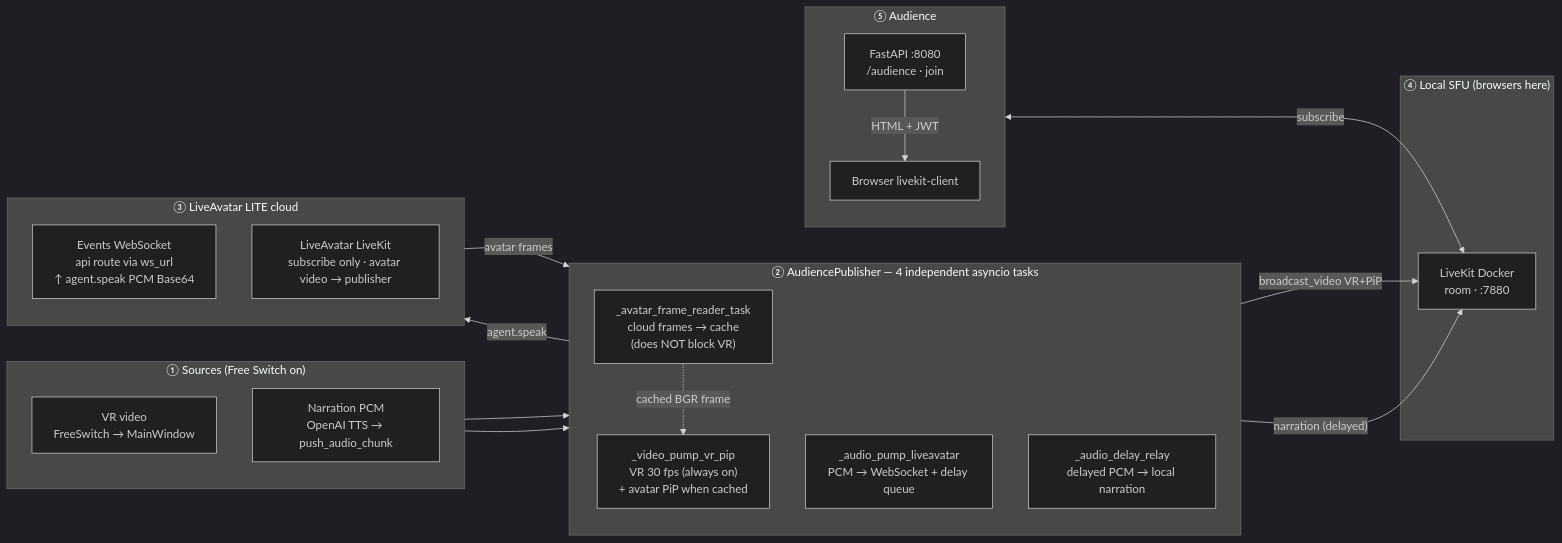
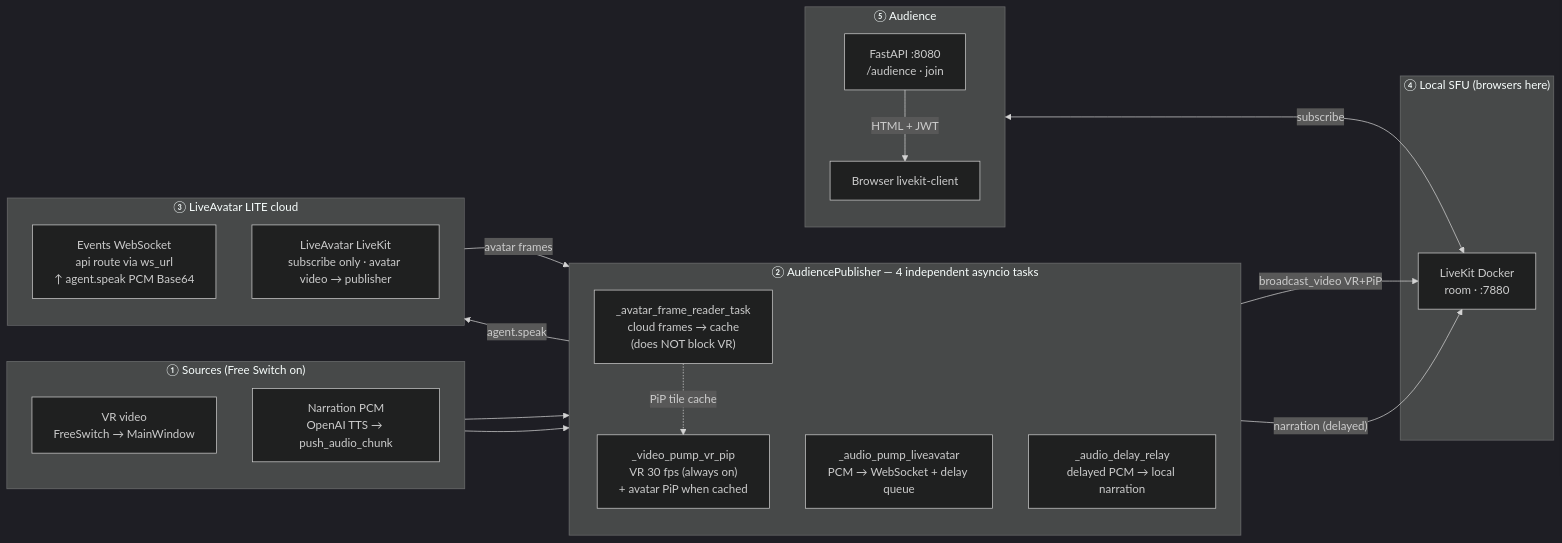
Before and after one commit to bolin35877766/miis_broadcast: the second of 4 diagrams in src/miis_broadcast/audience/README.md, drawn with Mermaid (dark theme). The commit also changed other lines of this file and 3 other files, not shown here.

````diff
--- a/src/miis_broadcast/audience/README.md
+++ b/src/miis_broadcast/audience/README.md
@@ -79,42 +79,42 @@
 ```mermaid
 flowchart LR
   subgraph SRC["① Sources (Free Switch on)"]
     direction TB
     VR["VR video<br/>FreeSwitch → MainWindow"]
     PCM["Narration PCM<br/>OpenAI TTS → push_audio_chunk"]
   end
 
   subgraph PUB["② AudiencePublisher — 4 independent asyncio tasks"]
     direction TB
     TVRPIP["_video_pump_vr_pip<br/>VR 30 fps (always on)<br/>+ avatar PiP when cached"]
     TAVR["_avatar_frame_reader_task<br/>cloud frames → cache<br/>(does NOT block VR)"]
     TAPU["_audio_pump_liveavatar<br/>PCM → WebSocket + delay queue"]
     TREL["_audio_delay_relay<br/>delayed PCM → local narration"]
   end
 
   subgraph CLD["③ LiveAvatar LITE cloud"]
     direction TB
     WS["Events WebSocket<br/>api route via ws_url<br/>↑ agent.speak PCM Base64"]
     CLK["LiveAvatar LiveKit<br/>subscribe only · avatar video → publisher"]
   end
 
   subgraph LOC["④ Local SFU (browsers here)"]
     LK["LiveKit Docker<br/>room · :7880"]
   end
 
   subgraph AUD["⑤ Audience"]
     direction TB
     HTTP["FastAPI :8080<br/>/audience · join"]
     BR["Browser livekit-client"]
   end
 
   VR --> TVRPIP
   PCM --> TAPU
   CLK -->|"avatar frames"| TAVR
-  TAVR -.->|"cached BGR frame"| TVRPIP
+  TAVR -.->|"PiP tile cache"| TVRPIP
   TAPU -->|"agent.speak"| WS
   TVRPIP -->|"broadcast_video VR+PiP"| LK
   TREL -->|"narration (delayed)"| LK
   HTTP -->|"HTML + JWT"| BR
   BR <-->|"subscribe"| LK
 ```
````
